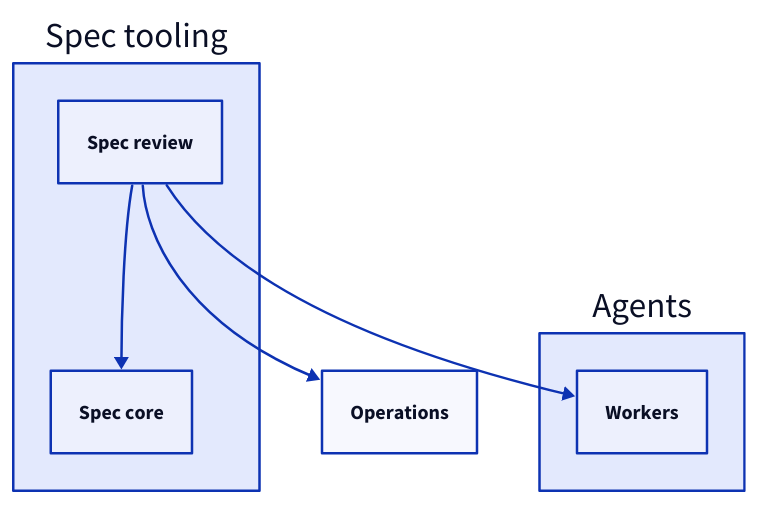
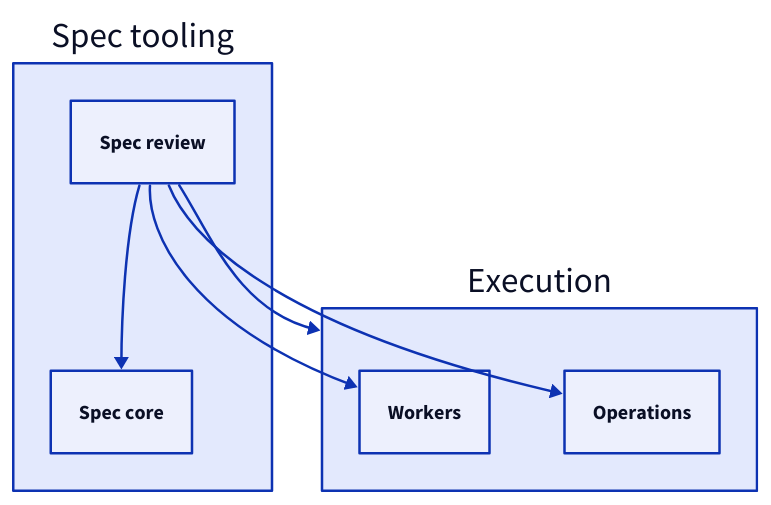
One commit to FTOD/concorde changed the second of 2 diagrams in specs/concorde/spec-tooling/spec-review/module.md. Above: the diagram before and after it, drawn with D2. The commit also changed other lines of this file and 339 other files, not shown here.

````diff
--- a/specs/concorde/spec-tooling/spec-review/module.md
+++ b/specs/concorde/spec-tooling/spec-review/module.md
@@ -198,13 +206,14 @@
 ```d2
 tooling: Spec tooling {
   review: Spec review
   core: Spec core
   review -> core
 }
-agents: Agents {
+execution: Execution {
   workers: Workers
+  operations: Operations
 }
-operations: Operations
-tooling.review -> agents.workers
-tooling.review -> operations
+tooling.review -> execution.workers
+tooling.review -> execution.operations
+tooling.review -> execution
 ```
````
